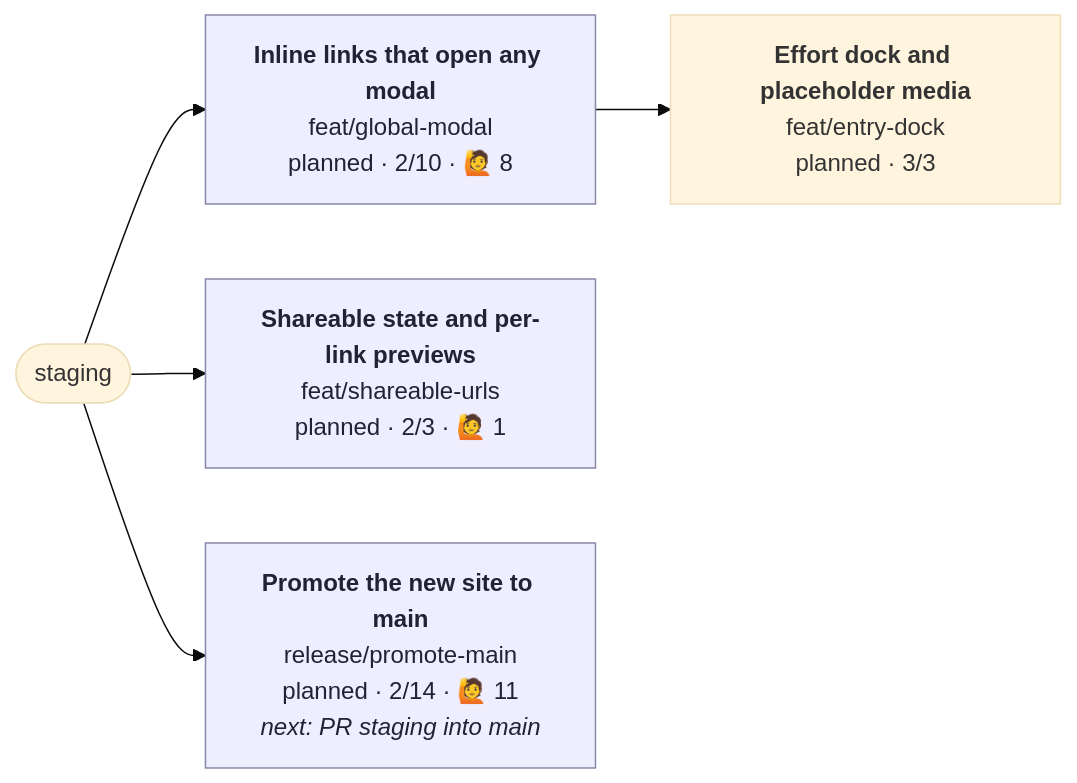
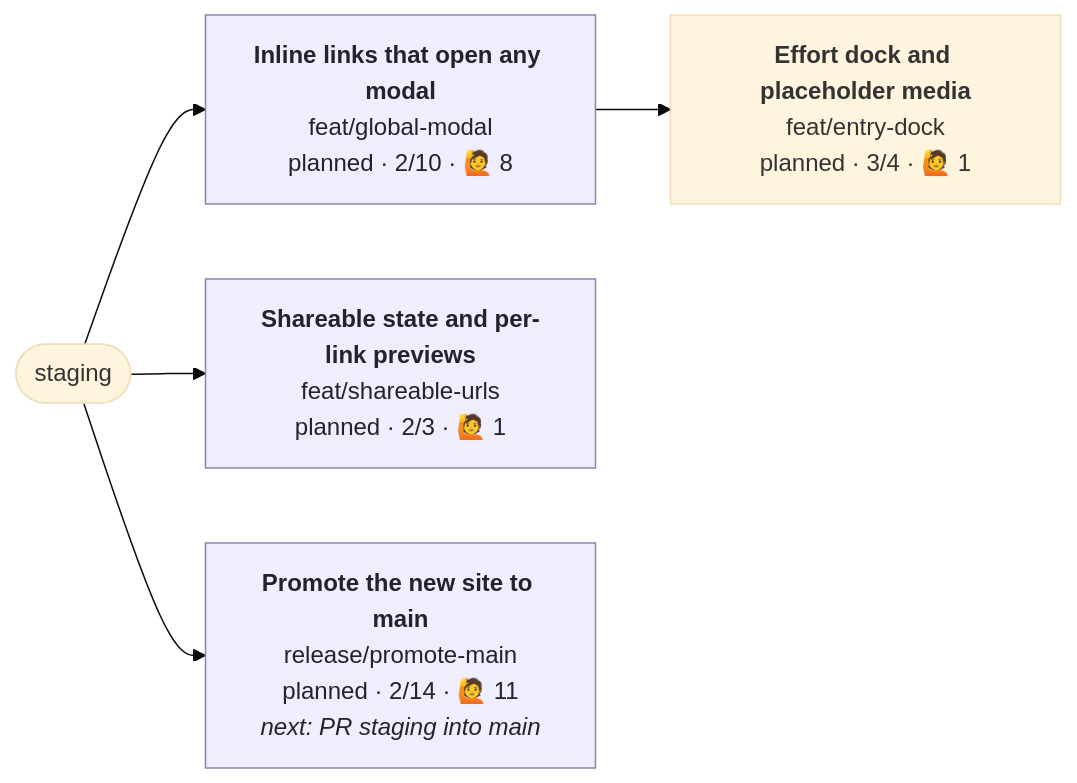
Before and after one commit to henryjonescodes/portfolio: the diagram in CONTRIBUTING.md, drawn with Mermaid (base theme). The commit also changed other lines of this file, not shown here.

````diff
--- a/CONTRIBUTING.md
+++ b/CONTRIBUTING.md
@@ -5,21 +5,21 @@
 ```mermaid
 flowchart LR
   n_staging([staging])
-  n_feat_entry_dock["<b>Effort dock and placeholder media</b><br/>feat/entry-dock<br/>planned · 3/3"]
+  n_feat_entry_dock["<b>Effort dock and placeholder media</b><br/>feat/entry-dock<br/>planned · 3/4 · 🙋 1"]
   class n_feat_entry_dock planned,current
   n_feat_global_modal --> n_feat_entry_dock
   n_feat_global_modal["<b>Inline links that open any modal</b><br/>feat/global-modal<br/>planned · 2/10 · 🙋 8"]
   class n_feat_global_modal planned
   n_staging --> n_feat_global_modal
   n_feat_shareable_urls["<b>Shareable state and per-link previews</b><br/>feat/shareable-urls<br/>planned · 2/3 · 🙋 1"]
   class n_feat_shareable_urls planned
   n_staging --> n_feat_shareable_urls
   n_release_promote_main["<b>Promote the new site to main</b><br/>release/promote-main<br/>planned · 2/14 · 🙋 11<br/><i>next: PR staging into main</i>"]
   class n_release_promote_main planned
   n_staging --> n_release_promote_main
   classDef planned fill:#eef,stroke:#88a,color:#223
   classDef active fill:#dfd,stroke:#3a3,stroke-width:3px,color:#132
   classDef blocked fill:#fdd,stroke:#c33,color:#311
   classDef review fill:#ffd,stroke:#cc3,color:#331
   classDef current stroke:#06c,stroke-width:4px
 ```
````
